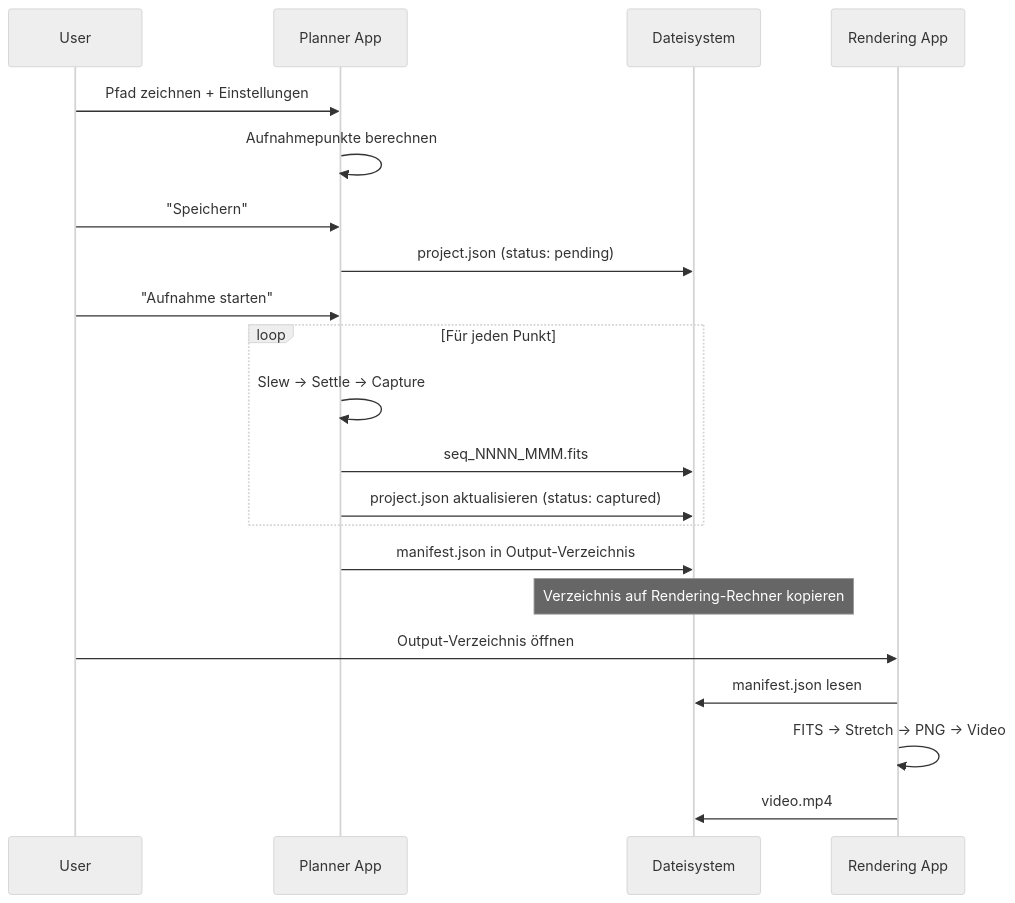
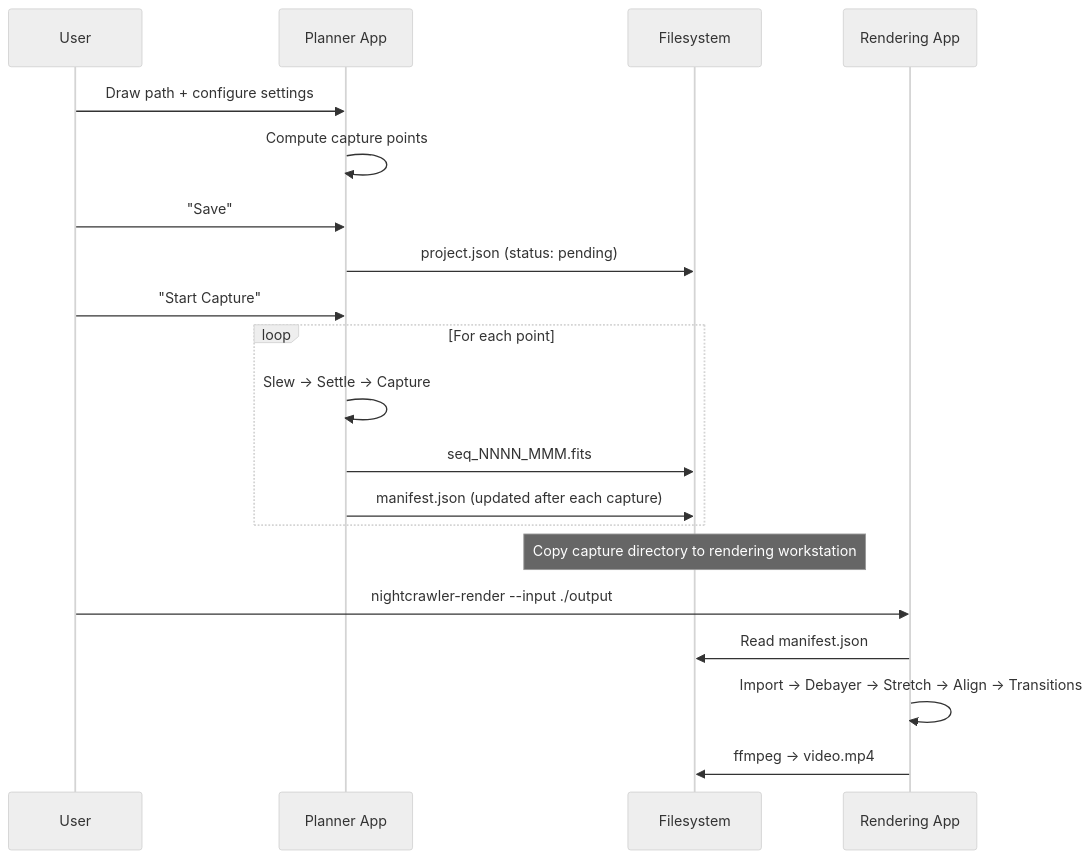
The tenth of 11 diagrams in docs/architecture.md (zworkb/AstroNightcrawler), drawn with Mermaid (neutral theme) before and after one commit. The commit also changed other lines of this file and 2 other files, not shown here.

Commit message:
docs: update architecture UML, dependencies, README for renderer

````diff
--- a/docs/architecture.md
+++ b/docs/architecture.md
@@ -308,27 +613,26 @@
 ```mermaid
 sequenceDiagram
     participant User
-    participant App as Planner App
-    participant FS as Dateisystem
+    participant Planner as Planner App
+    participant FS as Filesystem
     participant Render as Rendering App
 
-    User->>App: Pfad zeichnen + Einstellungen
-    App->>App: Aufnahmepunkte berechnen
-    User->>App: "Speichern"
-    App->>FS: project.json (status: pending)
+    User->>Planner: Draw path + configure settings
+    Planner->>Planner: Compute capture points
+    User->>Planner: "Save"
+    Planner->>FS: project.json (status: pending)
 
-    User->>App: "Aufnahme starten"
-    loop Für jeden Punkt
-        App->>App: Slew → Settle → Capture
-        App->>FS: seq_NNNN_MMM.fits
-        App->>FS: project.json aktualisieren (status: captured)
+    User->>Planner: "Start Capture"
+    loop For each point
+        Planner->>Planner: Slew → Settle → Capture
+        Planner->>FS: seq_NNNN_MMM.fits
+        Planner->>FS: manifest.json (updated after each capture)
     end
-    App->>FS: manifest.json in Output-Verzeichnis
 
-    Note over FS: Verzeichnis auf Rendering-Rechner kopieren
+    Note over FS: Copy capture directory to rendering workstation
 
-    User->>Render: Output-Verzeichnis öffnen
-    Render->>FS: manifest.json lesen
-    Render->>Render: FITS → Stretch → PNG → Video
-    Render->>FS: video.mp4
+    User->>Render: nightcrawler-render --input ./output
+    Render->>FS: Read manifest.json
+    Render->>Render: Import → Debayer → Stretch → Align → Transitions
+    Render->>FS: ffmpeg → video.mp4
 ```
````
